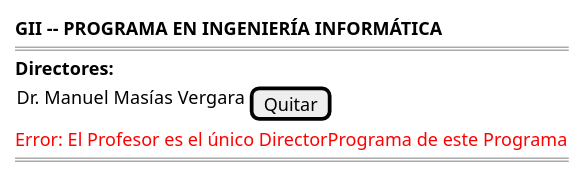
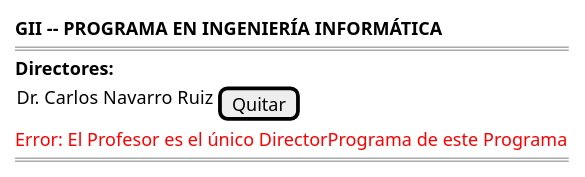
The third of 3 diagrams in RUP/01-requisitos/03-detalle-casos-uso/quitarDirectorPrograma/wireframes.puml (mmasias/pyCeldaPublico), drawn with PlantUML before and after one commit. The commit also changed other lines of this file and 49 other files, not shown here.

```diff
--- a/RUP/01-requisitos/03-detalle-casos-uso/quitarDirectorPrograma/wireframes.puml
+++ b/RUP/01-requisitos/03-detalle-casos-uso/quitarDirectorPrograma/wireframes.puml
@@ -32,12 +32,12 @@
 @startsalt quitarDirectorPrograma-wireframe-desdePrograma
 {
     <b>GII -- PROGRAMA EN INGENIERÍA INFORMÁTICA</b>
     ====
     <b>Directores:</b>
     {
-        Dr. Manuel Masías Vergara | [Quitar]
+        Dr. Carlos Navarro Ruiz | [Quitar]
     }
     <color:red>Error: El Profesor es el único DirectorPrograma de este Programa</color>
     ====
 }
 @endsalt
```
